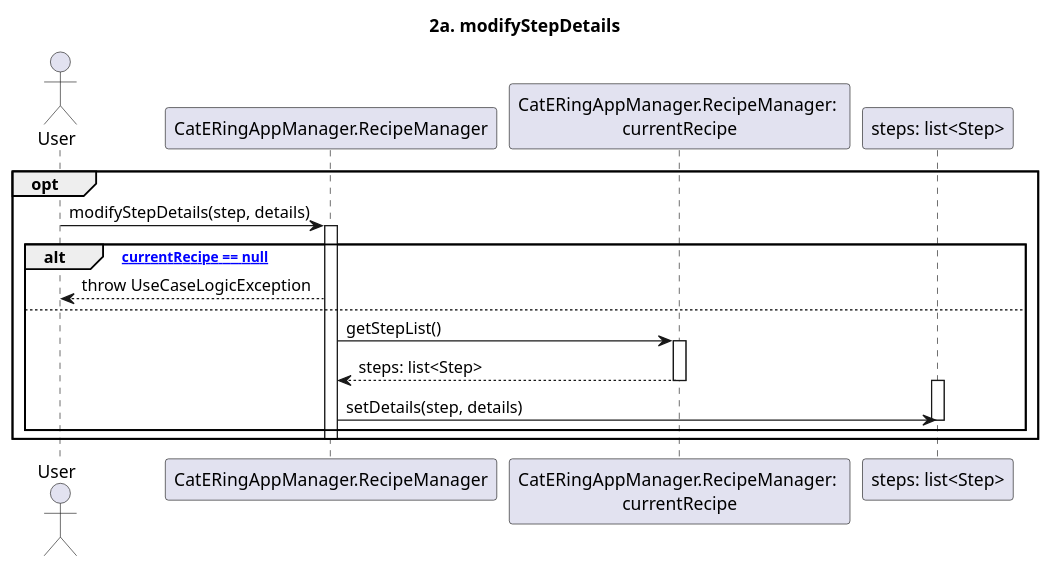
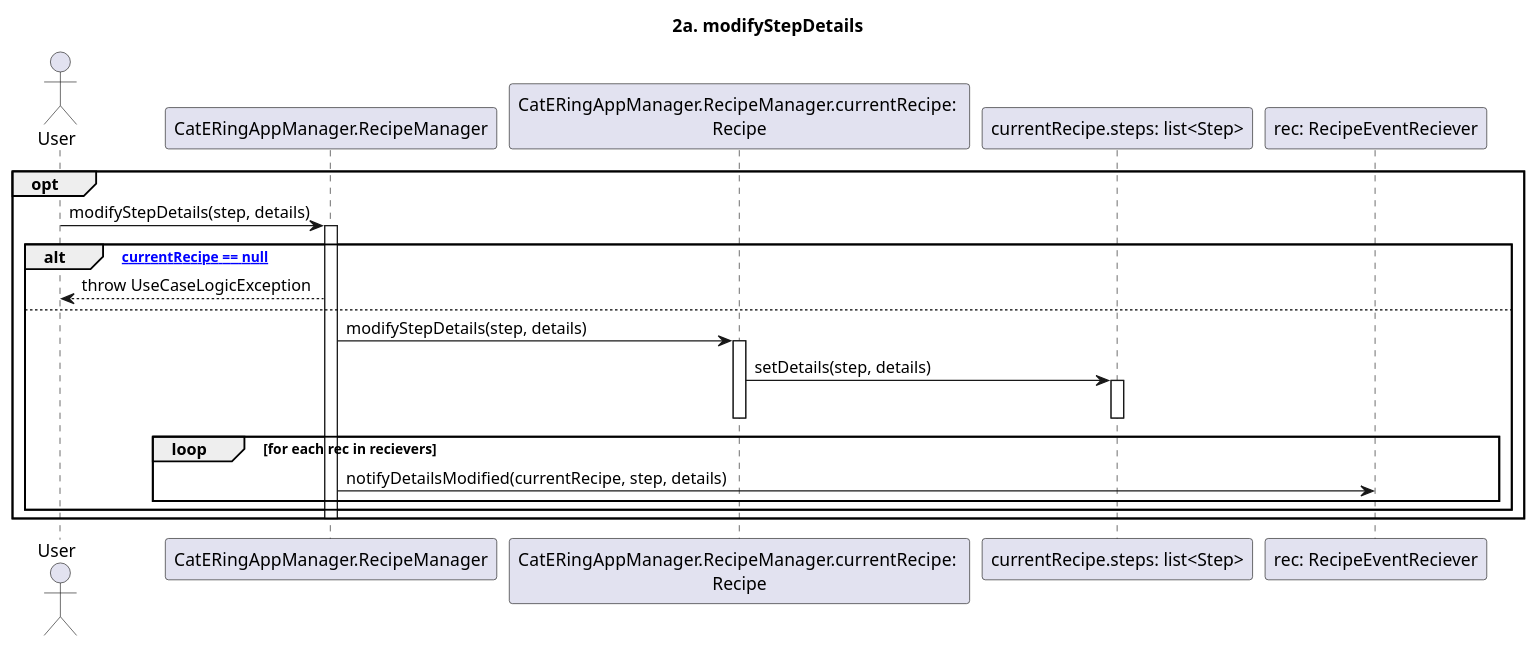
One commit to m0canu1/sas changed the diagram in dsd/dsd-ricette/estensioni/2a-modifyStep.md. Above: the diagram before and after it, drawn with PlantUML. The commit also changed 4 other files, not shown here.

````diff
--- a/dsd/dsd-ricette/estensioni/2a-modifyStep.md
+++ b/dsd/dsd-ricette/estensioni/2a-modifyStep.md
@@ -1,29 +1,31 @@
 ```plantuml
 
 title: 2a. modifyStepDetails
 
 Actor User
 Participant "CatERingAppManager.RecipeManager" as RM 
-Participant "CatERingAppManager.RecipeManager: \ncurrentRecipe" as CR
-Participant "steps: list<Step>" as CS 
+Participant "CatERingAppManager.RecipeManager.currentRecipe: \nRecipe" as CR
+Participant "currentRecipe.steps: list<Step>" as CS 
+Participant "rec: RecipeEventReciever" as RER
 opt
     User -> RM: modifyStepDetails(step, details)
     Activate RM
     alt ["currentRecipe == null"]
         RM --> User: throw UseCaseLogicException
     
     else
-        RM -> CR: getStepList()
+        RM -> CR: modifyStepDetails(step, details)
         Activate CR
-        CR --> RM: steps: list<Step>
 
        
+        CR -> CS: setDetails(step, details)
+        Activate CS
+        Deactivate CS       
         Deactivate CR
-
-        Activate CS
-        RM -> CS: setDetails(step, details)
-        Deactivate CS       
+        loop for each rec in recievers
+        RM -> RER: notifyDetailsModified(currentRecipe, step, details)
+        end
     end
     Deactivate RM
 end
 ```
````
